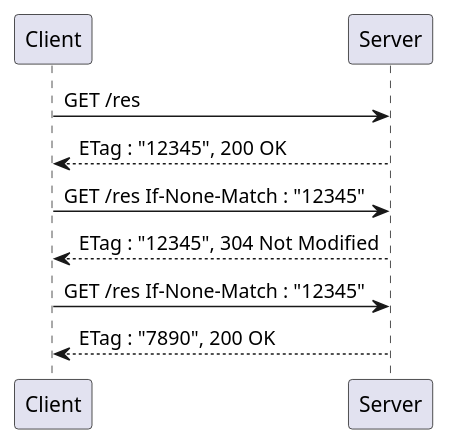
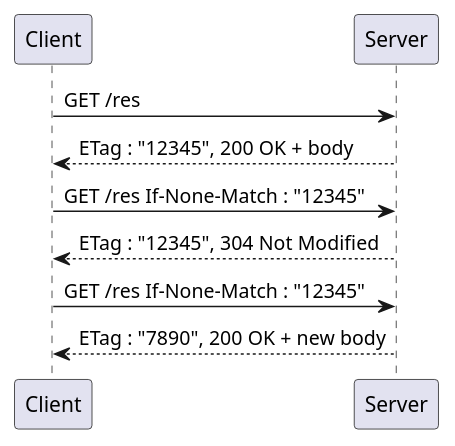
The diagram in jetty-media-share/docs/etag-scenario.puml (Mark-Kovalyov/JettyShare), drawn with PlantUML before and after one commit. The commit also changed 9 other files, not shown here.

```diff
--- a/jetty-media-share/docs/etag-scenario.puml
+++ b/jetty-media-share/docs/etag-scenario.puml
@@ -1,10 +1,10 @@
 @startuml
 Client -> Server : GET /res
-Server --> Client : ETag : "12345", 200 OK
+Server --> Client : ETag : "12345", 200 OK + body
 
 Client -> Server : GET /res If-None-Match : "12345"
 Server --> Client : ETag : "12345", 304 Not Modified
 
 Client -> Server : GET /res If-None-Match : "12345"
-Server --> Client : ETag : "7890", 200 OK
+Server --> Client : ETag : "7890", 200 OK + new body
 @enduml
```
